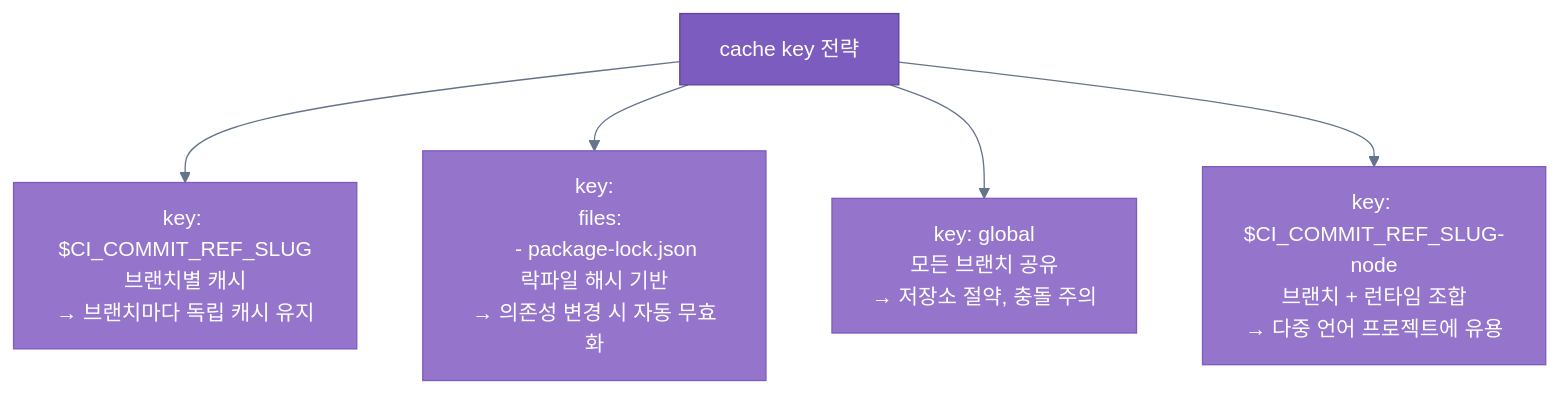
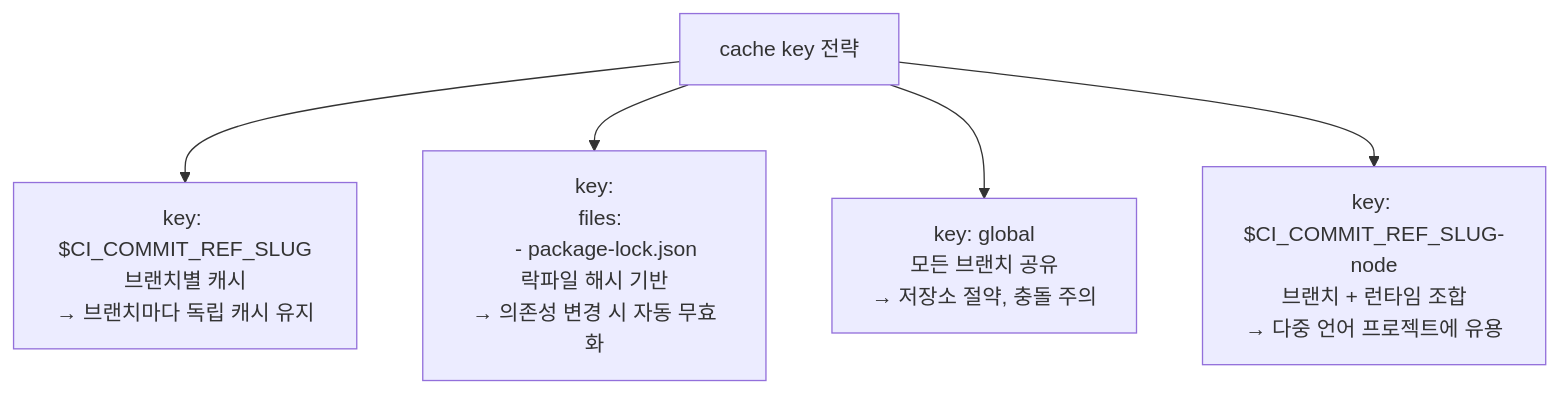
Before and after one commit to Seobway23/Seobway23.github.io: the fifth of 9 diagrams in posts/study/infra/gitlab-artifacts-vs-cache.md, drawn with Mermaid. The commit also changed other lines of this file and 21 other files, not shown here.

Commit message:
:sparkles: mermaid, code,inline edit

````diff
--- a/posts/study/infra/gitlab-artifacts-vs-cache.md
+++ b/posts/study/infra/gitlab-artifacts-vs-cache.md
@@ -252,16 +234,13 @@
 ```mermaid
-%%{init: {'theme': 'base', 'themeVariables': {'primaryColor': '#7c5cbf', 'primaryTextColor': '#fff', 'primaryBorderColor': '#5d449a', 'lineColor': '#64748b', 'edgeLabelBackground': '#eef2f7'}}}%%
+%% desc: cache key 전략 — 브랜치/락파일/전역/복합 키 비교
 flowchart TD
     ROOT["cache key 전략"]
 
     ROOT --> K1["key: $CI_COMMIT_REF_SLUG\n브랜치별 캐시\n→ 브랜치마다 독립 캐시 유지"]
     ROOT --> K2["key:\n  files:\n    - package-lock.json\n락파일 해시 기반\n→ 의존성 변경 시 자동 무효화"]
     ROOT --> K3["key: global\n모든 브랜치 공유\n→ 저장소 절약, 충돌 주의"]
     ROOT --> K4["key: $CI_COMMIT_REF_SLUG-node\n브랜치 + 런타임 조합\n→ 다중 언어 프로젝트에 유용"]
 
-    classDef root fill:#7c5cbf,stroke:#5d449a,color:#fff
-    classDef detail fill:#9575cc,stroke:#7c5cbf,color:#fff
 
-    class ROOT root
-    class K1,K2,K3,K4 detail
+
 ```
````
